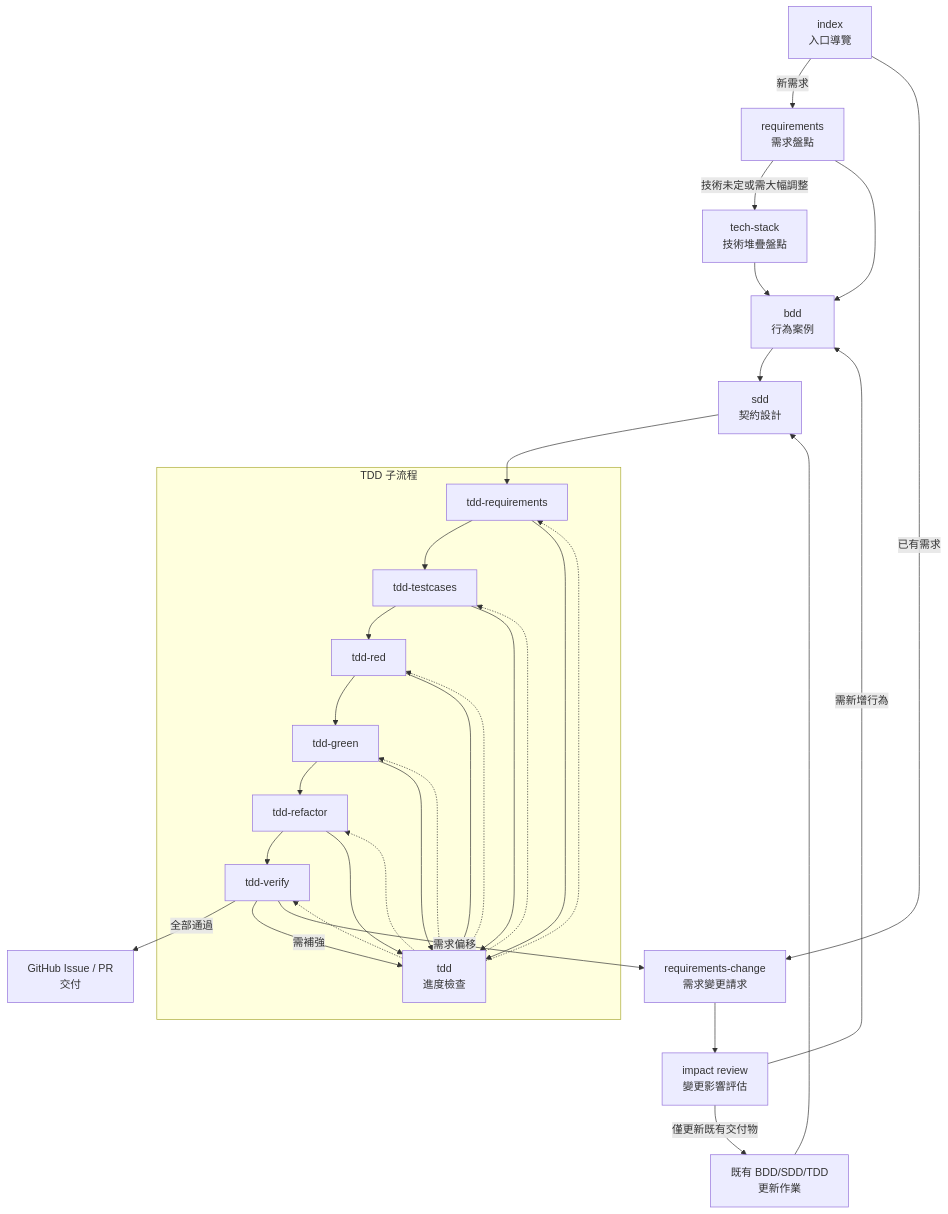
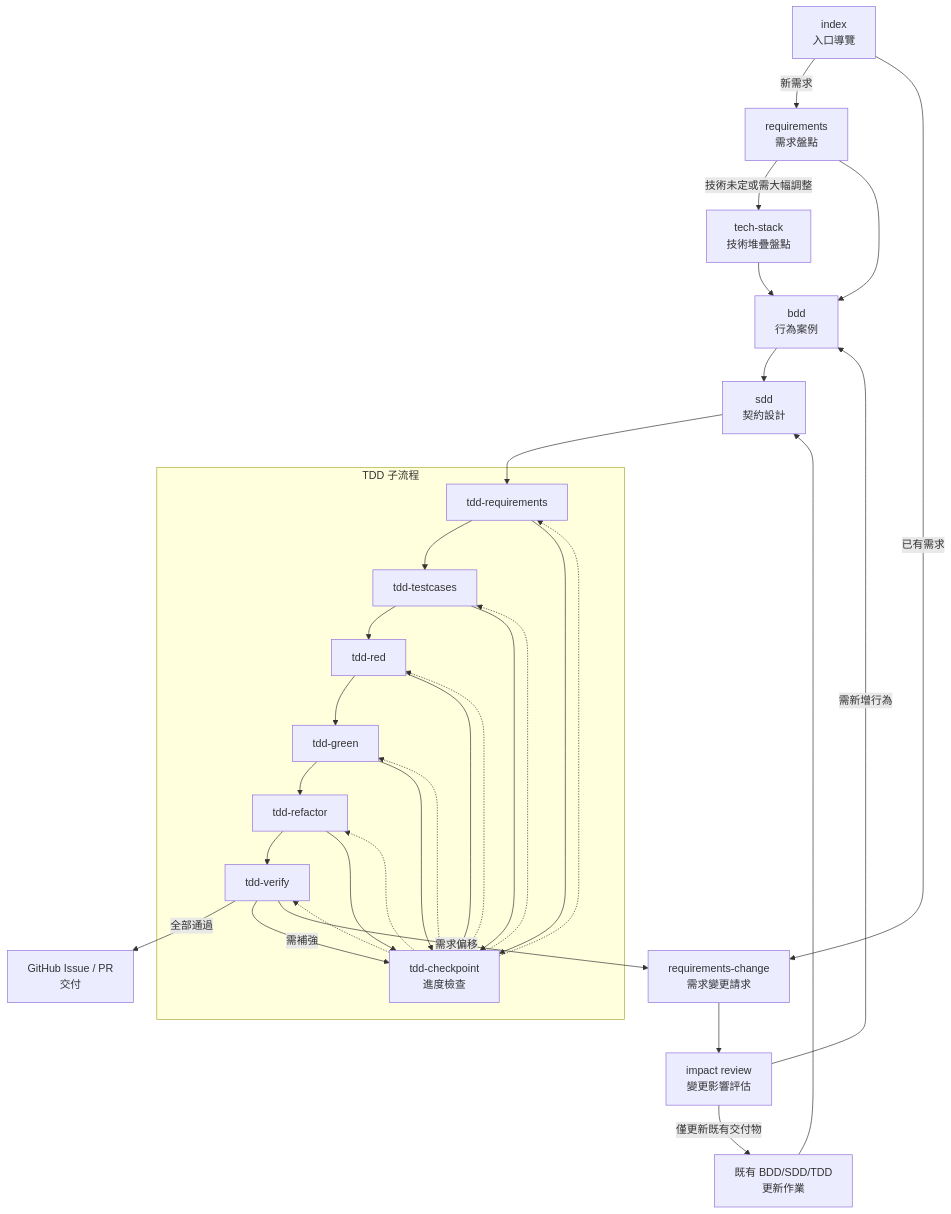
One commit to hsiangjenli/prompts changed the diagram in README.md. Above: the diagram before and after it, drawn with Mermaid. The commit also changed other lines of this file and 4 other files, not shown here.

````diff
--- a/README.md
+++ b/README.md
@@ -44,45 +44,45 @@
 ```mermaid
 flowchart TB
     PI[index
 入口導覽] -->|新需求| PRQ[requirements
 需求盤點]
     PI -->|已有需求| PRC[requirements-change
 需求變更請求]
     PRQ -->|技術未定或需大幅調整| TS[tech-stack
 技術堆疊盤點]
     PRQ --> PBDD[bdd
 行為案例]
     PRC --> PRV[impact review
 變更影響評估]
     PRV -->|僅更新既有交付物| PUPD[既有 BDD/SDD/TDD
 更新作業]
     PRV -->|需新增行為| PBDD
     TS --> PBDD
     PUPD --> PSDD
     PBDD --> PSDD[sdd
 契約設計]
     PSDD --> TRQ[tdd-requirements]
     subgraph "TDD 子流程"
         TRQ --> TTC[tdd-testcases]
         TTC --> TRD[tdd-red]
         TRD --> TGR[tdd-green]
         TGR --> TRF[tdd-refactor]
         TRF --> TVF[tdd-verify]
-        PTDD[tdd
+        PTDD[tdd-checkpoint
 進度檢查] -.-> TRQ
         PTDD -.-> TTC
         PTDD -.-> TRD
         PTDD -.-> TGR
         PTDD -.-> TRF
         PTDD -.-> TVF
         TRQ --> PTDD
         TTC --> PTDD
         TRD --> PTDD
         TGR --> PTDD
         TRF --> PTDD
     end
     TVF -->|全部通過| GH[GitHub Issue / PR
 交付]
     TVF -->|需補強| PTDD
     TVF -->|需求偏移| PRC
 ```
````
